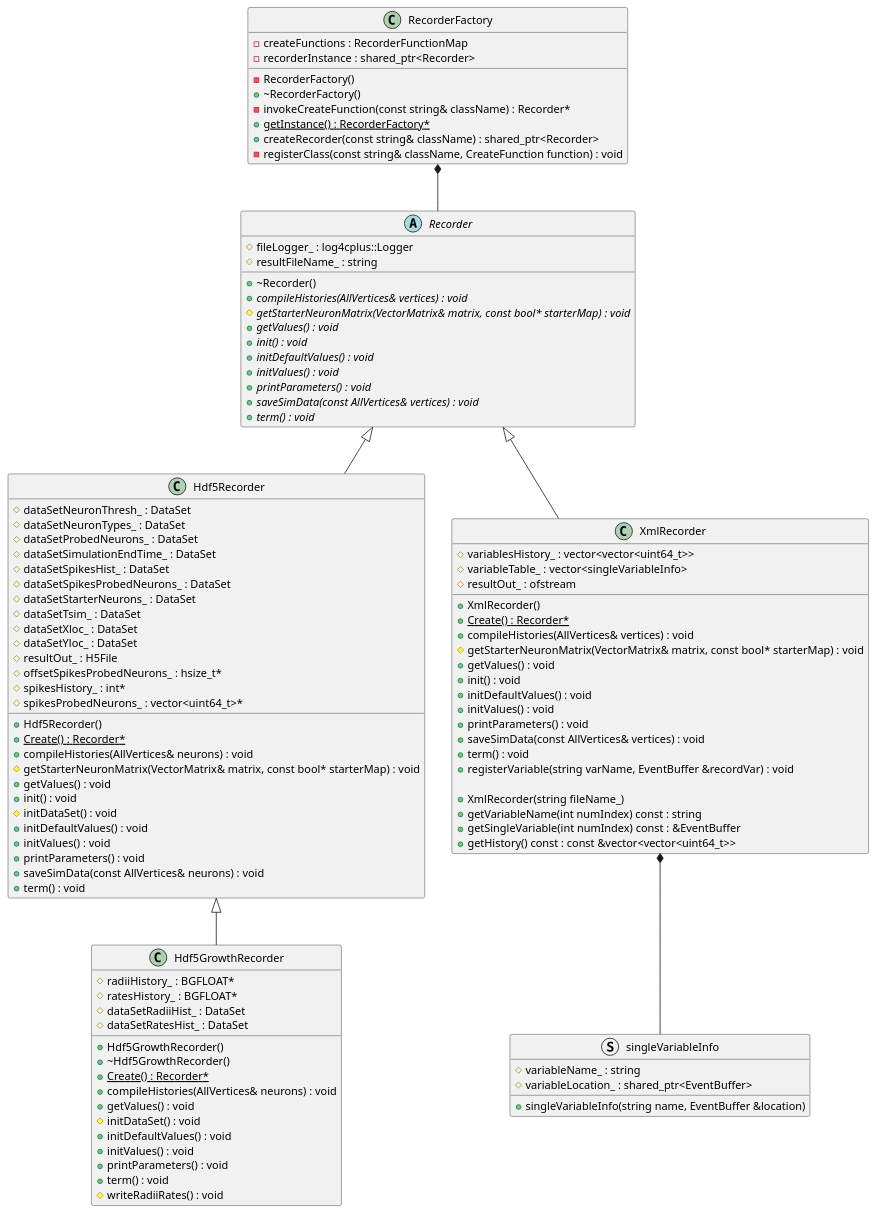
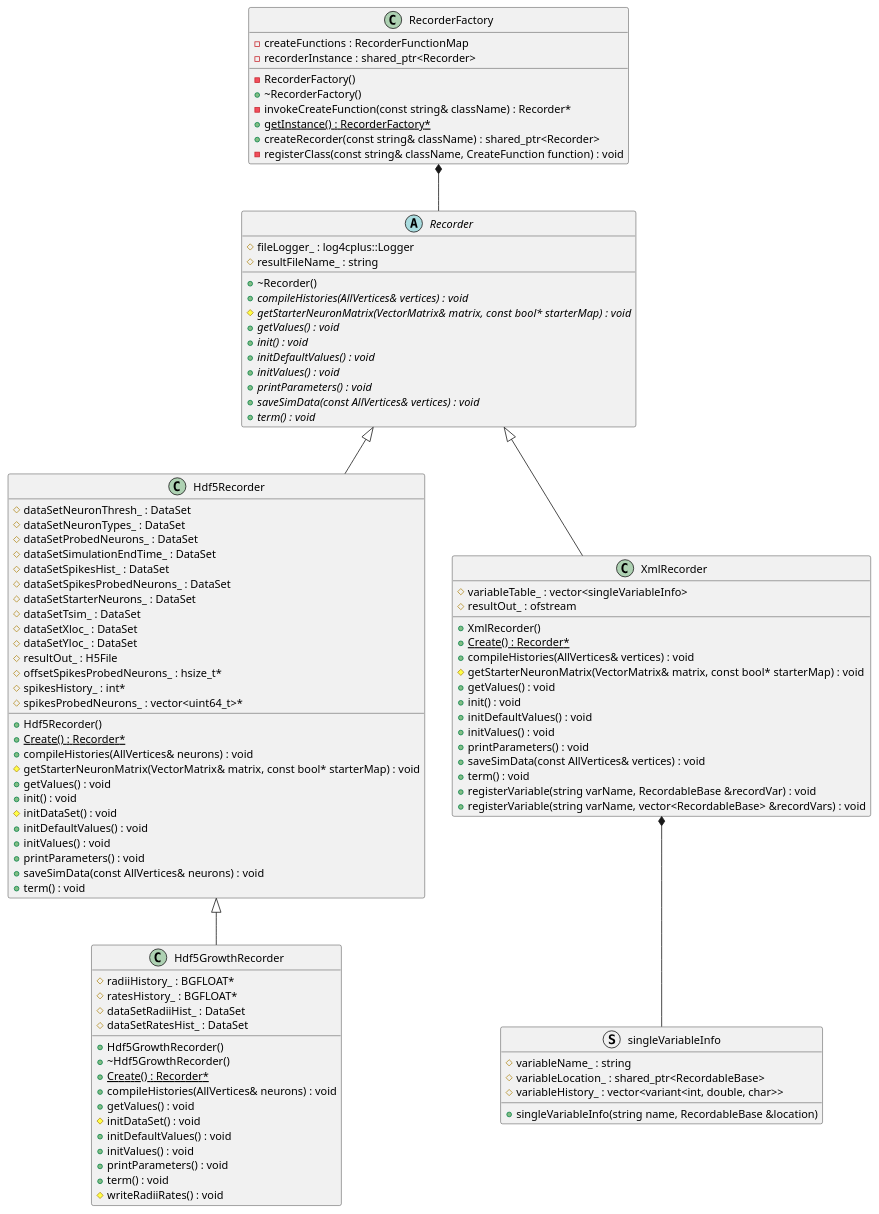
One commit to UWB-Biocomputing/Graphitti changed the diagram in docs/Developer/ClassDiagrams/recorder.puml. Above: the diagram before and after it, drawn with PlantUML. The commit also changed 15 other files, not shown here.

Commit message:
created RecordableBase

```diff
--- a/docs/Developer/ClassDiagrams/recorder.puml
+++ b/docs/Developer/ClassDiagrams/recorder.puml
@@ -1,144 +1,146 @@
 @startuml RecorderClassDiagram
 
 
 
 
 
 /' Objects '/
 
 class Hdf5GrowthRecorder {
 	+Hdf5GrowthRecorder()
 	+~Hdf5GrowthRecorder()
 	#radiiHistory_ : BGFLOAT*
 	#ratesHistory_ : BGFLOAT*
 	#dataSetRadiiHist_ : DataSet
 	#dataSetRatesHist_ : DataSet
 	+{static} Create() : Recorder*
 	+compileHistories(AllVertices& neurons) : void
 	+getValues() : void
 	#initDataSet() : void
 	+initDefaultValues() : void
 	+initValues() : void
 	+printParameters() : void
 	+term() : void
 	#writeRadiiRates() : void
 }
 
 
 class Hdf5Recorder {
 	+Hdf5Recorder()
 	#dataSetNeuronThresh_ : DataSet
 	#dataSetNeuronTypes_ : DataSet
 	#dataSetProbedNeurons_ : DataSet
 	#dataSetSimulationEndTime_ : DataSet
 	#dataSetSpikesHist_ : DataSet
 	#dataSetSpikesProbedNeurons_ : DataSet
 	#dataSetStarterNeurons_ : DataSet
 	#dataSetTsim_ : DataSet
 	#dataSetXloc_ : DataSet
 	#dataSetYloc_ : DataSet
 	#resultOut_ : H5File
 	+{static} Create() : Recorder*
 	#offsetSpikesProbedNeurons_ : hsize_t*
 	#spikesHistory_ : int*
 	#spikesProbedNeurons_ : vector<uint64_t>*
 	+compileHistories(AllVertices& neurons) : void
 	#getStarterNeuronMatrix(VectorMatrix& matrix, const bool* starterMap) : void
 	+getValues() : void
 	+init() : void
 	#initDataSet() : void
 	+initDefaultValues() : void
 	+initValues() : void
 	+printParameters() : void
 	+saveSimData(const AllVertices& neurons) : void
 	+term() : void
 }
 
 
 abstract class Recorder {
 	+~Recorder()
 	#fileLogger_ : log4cplus::Logger
 	#resultFileName_ : string
 	+{abstract} compileHistories(AllVertices& vertices) : void
 	#{abstract} getStarterNeuronMatrix(VectorMatrix& matrix, const bool* starterMap) : void
 	+{abstract} getValues() : void
 	+{abstract} init() : void
 	+{abstract} initDefaultValues() : void
 	+{abstract} initValues() : void
 	+{abstract} printParameters() : void
 	+{abstract} saveSimData(const AllVertices& vertices) : void
 	+{abstract} term() : void
 }
 
 
 class RecorderFactory {
 	-RecorderFactory()
 	+~RecorderFactory()
 	-invokeCreateFunction(const string& className) : Recorder*
 	+{static} getInstance() : RecorderFactory*
 	-createFunctions : RecorderFunctionMap
 	+createRecorder(const string& className) : shared_ptr<Recorder>
 	-recorderInstance : shared_ptr<Recorder>
 	-registerClass(const string& className, CreateFunction function) : void
 }
 
 
 class XmlRecorder {
 	+XmlRecorder()
 	+{static} Create() : Recorder*
-	#variablesHistory_ : vector<vector<uint64_t>>
 	#variableTable_ : vector<singleVariableInfo>
 	#resultOut_ : ofstream
 	+compileHistories(AllVertices& vertices) : void
 	#getStarterNeuronMatrix(VectorMatrix& matrix, const bool* starterMap) : void
 	+getValues() : void
 	+init() : void
 	+initDefaultValues() : void
 	+initValues() : void
 	+printParameters() : void
 	+saveSimData(const AllVertices& vertices) : void
 	+term() : void
-	+registerVariable(string varName, EventBuffer &recordVar) : void
+	+registerVariable(string varName, RecordableBase &recordVar) : void
+	+registerVariable(string varName, vector<RecordableBase> &recordVars) : void
 	
-	/' methods only used for unit test '/
+	/' methods only used for unit test 
 	+XmlRecorder(string fileName_)
 	+getVariableName(int numIndex) const : string
 	+getSingleVariable(int numIndex) const : &EventBuffer
 	+getHistory() const : const &vector<vector<uint64_t>>
+	'/
 }
 
 struct singleVariableInfo {
 	#variableName_ : string
-	#variableLocation_ : shared_ptr<EventBuffer>
-	+singleVariableInfo(string name, EventBuffer &location)
+	#variableLocation_ : shared_ptr<RecordableBase>
+	#variableHistory_ : vector<variant<int, double, char>>
+	+singleVariableInfo(string name, RecordableBase &location)
 }
 
 
 
 /' Inheritance relationships '/
 
 .Hdf5Recorder <|-- .Hdf5GrowthRecorder
 
 
 .Recorder <|-- .Hdf5Recorder
 
 
 .Recorder <|-- .XmlRecorder
 
 
 /' Aggregation relationships '/
 
 .RecorderFactory *-- .Recorder
 
 /' Composition relationships '/
 
 .XmlRecorder *-- .singleVariableInfo
 
 
 
 
 /' Nested objects '/
 
 
 
 @enduml
```
